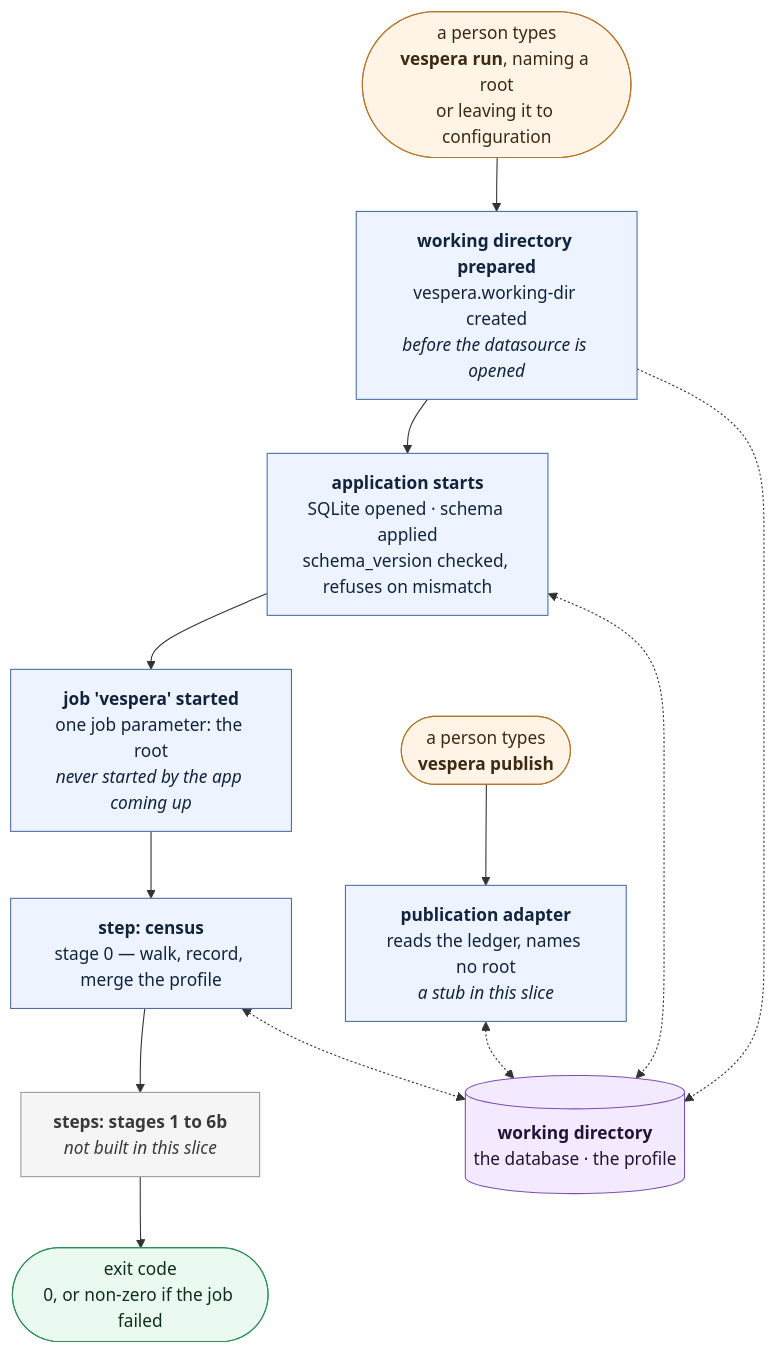
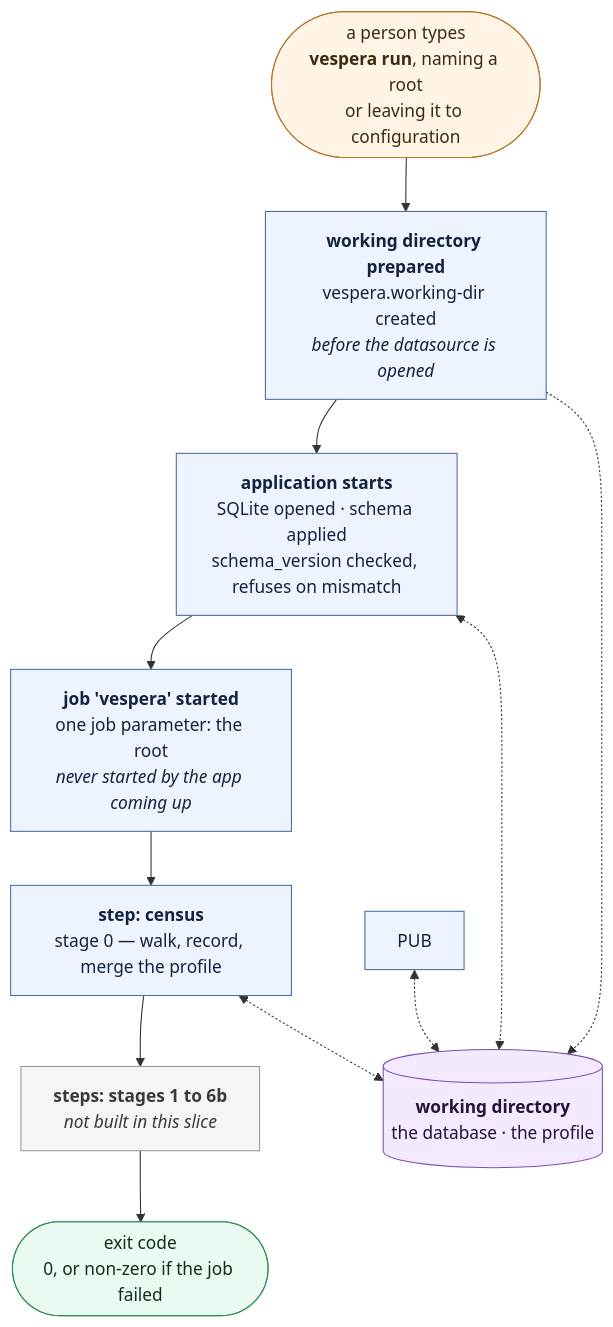
The fifth of 6 diagrams in docs/architecture.md (algernon28/vespera), drawn with Mermaid before and after one commit. The commit also changed other lines of this file and 12 other files, not shown here.

````diff
--- a/docs/architecture.md
+++ b/docs/architecture.md
@@ -249,34 +244,31 @@
 ```mermaid
 flowchart TD
     OP(["a person types<br/><b>vespera run</b>, naming a root<br/>or leaving it to configuration"])
     PREP["<b>working directory prepared</b><br/>vespera.working-dir created<br/><i>before the datasource is opened</i>"]
     BOOT["<b>application starts</b><br/>SQLite opened · schema applied<br/>schema_version checked, refuses on mismatch"]
     JOB["<b>job 'vespera' started</b><br/>one job parameter: the root<br/><i>never started by the app coming up</i>"]
     S0["<b>step: census</b><br/>stage 0 — walk, record, merge the profile"]
     LATER["<b>steps: stages 1 to 6b</b><br/><i>not built in this slice</i>"]
     EXIT(["exit code<br/>0, or non-zero if the job failed"])
 
-    PUBOP(["a person types<br/><b>vespera publish</b>"])
-    PUB["<b>publication adapter</b><br/>reads the ledger, names no root<br/><i>a stub in this slice</i>"]
 
     STORE[("<b>working directory</b><br/>the database · the profile")]
 
     OP --> PREP --> BOOT --> JOB --> S0 --> LATER --> EXIT
-    PUBOP --> PUB
 
     PREP -.-> STORE
     BOOT <-.-> STORE
     S0 <-.-> STORE
     PUB <-.-> STORE
 
     classDef human fill:#fff4e6,stroke:#b5762a,color:#3d2a12
     classDef step fill:#eef4ff,stroke:#4a6fa5,color:#12243d
     classDef later fill:#f5f5f5,stroke:#9a9a9a,color:#3a3a3a
     classDef store fill:#f3eaff,stroke:#7a4fb5,color:#241238
     classDef out fill:#eafaf1,stroke:#2f8f5b,color:#0f2e1e
-    class OP,PUBOP human
+    class OP human
     class PREP,BOOT,JOB,S0,PUB step
     class LATER later
     class STORE store
     class EXIT out
 ```
````
